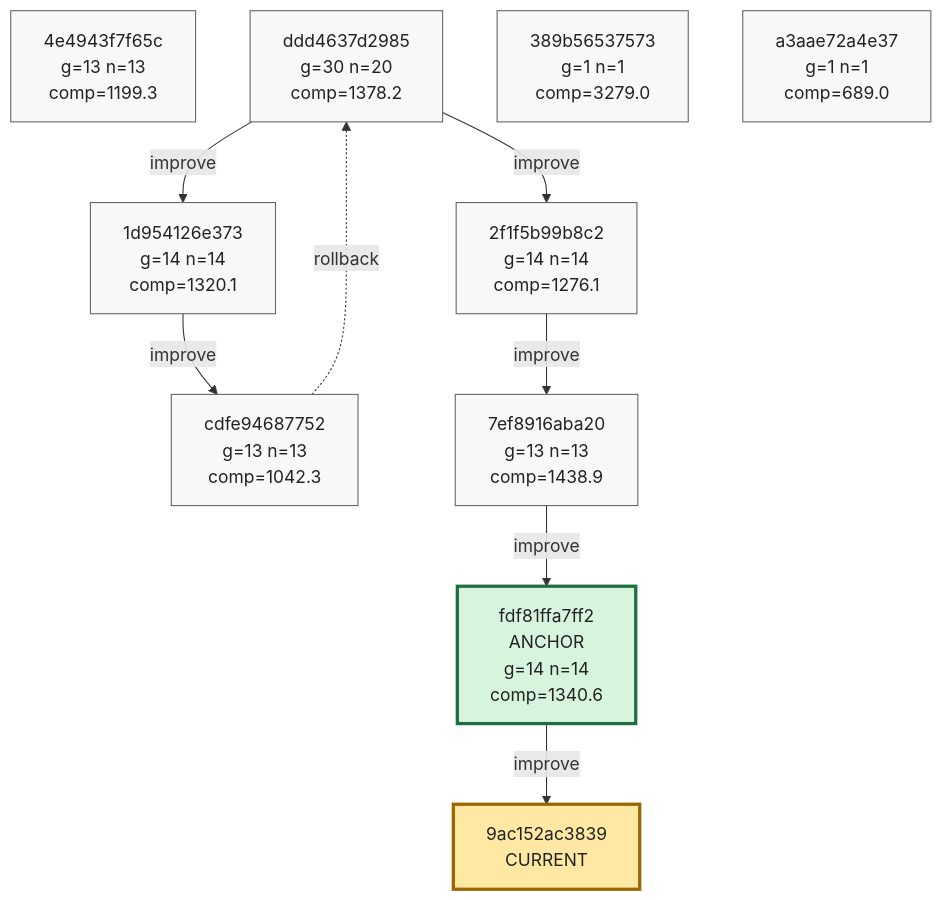
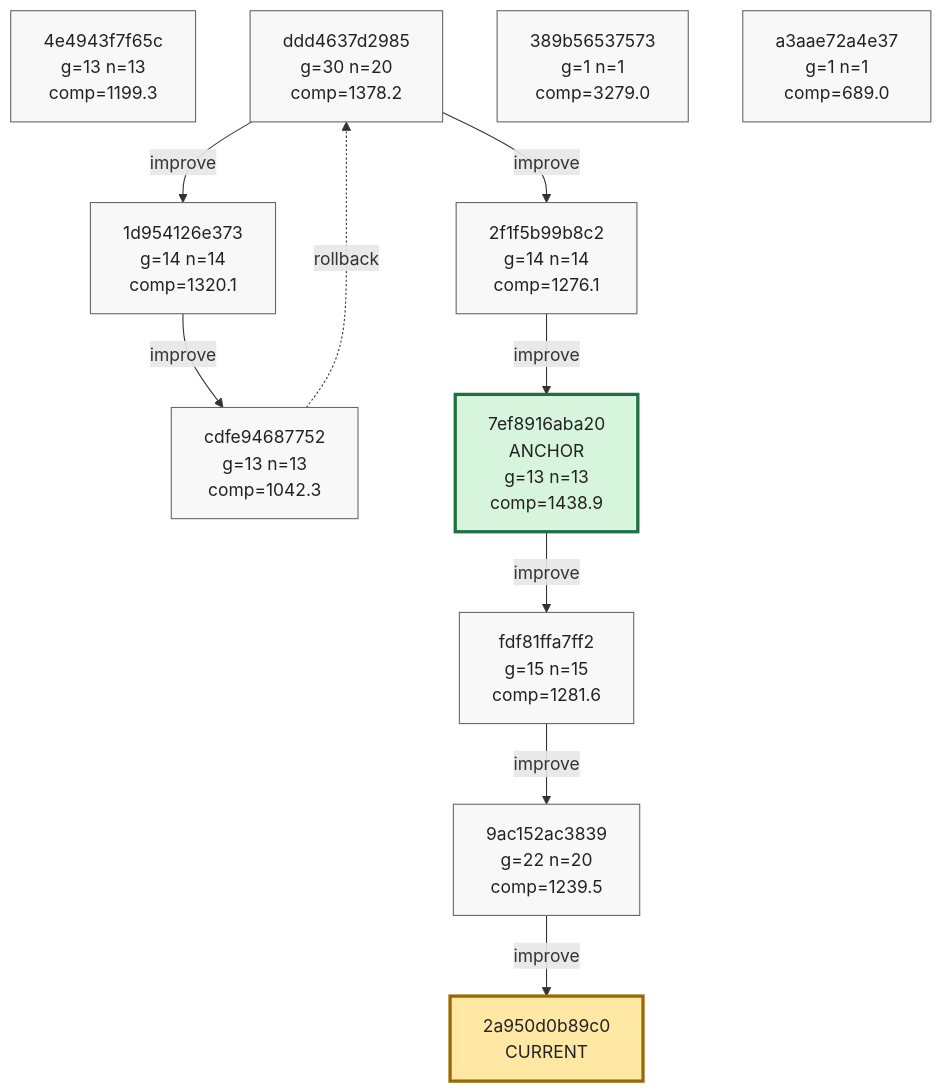
The ninth of 9 diagrams in phyrogenetic-tree.md (azumag/soviet_now), drawn with Mermaid before and after one commit. The commit also changed other lines of this file and 2 other files, not shown here.

Commit message:
eloop Improve after 12 games (scores: 4323 2989 1332 1575 2560 1599 1283 641 979 852 1424 1570)

````diff
--- a/phyrogenetic-tree.md
+++ b/phyrogenetic-tree.md
@@ -2233,37 +2233,40 @@
 ```mermaid
 flowchart TD
     h_4e4943f7f65c["4e4943f7f65c<br/>g=13 n=13<br/>comp=1199.3"]
     h_ddd4637d2985["ddd4637d2985<br/>g=30 n=20<br/>comp=1378.2"]
     h_1d954126e373["1d954126e373<br/>g=14 n=14<br/>comp=1320.1"]
     h_cdfe94687752["cdfe94687752<br/>g=13 n=13<br/>comp=1042.3"]
     h_2f1f5b99b8c2["2f1f5b99b8c2<br/>g=14 n=14<br/>comp=1276.1"]
-    h_7ef8916aba20["7ef8916aba20<br/>g=13 n=13<br/>comp=1438.9"]
-    h_fdf81ffa7ff2["fdf81ffa7ff2<br/>ANCHOR<br/>g=14 n=14<br/>comp=1340.6"]
+    h_7ef8916aba20["7ef8916aba20<br/>ANCHOR<br/>g=13 n=13<br/>comp=1438.9"]
+    h_fdf81ffa7ff2["fdf81ffa7ff2<br/>g=15 n=15<br/>comp=1281.6"]
+    h_9ac152ac3839["9ac152ac3839<br/>g=22 n=20<br/>comp=1239.5"]
     h_389b56537573["389b56537573<br/>g=1 n=1<br/>comp=3279.0"]
     h_a3aae72a4e37["a3aae72a4e37<br/>g=1 n=1<br/>comp=689.0"]
-    h_9ac152ac3839["9ac152ac3839<br/>CURRENT"]
+    h_2a950d0b89c0["2a950d0b89c0<br/>CURRENT"]
 
     h_ddd4637d2985 -->|improve| h_1d954126e373
     h_1d954126e373 -->|improve| h_cdfe94687752
     h_cdfe94687752 -. rollback .-> h_ddd4637d2985
     h_ddd4637d2985 -->|improve| h_2f1f5b99b8c2
     h_2f1f5b99b8c2 -->|improve| h_7ef8916aba20
     h_7ef8916aba20 -->|improve| h_fdf81ffa7ff2
     h_fdf81ffa7ff2 -->|improve| h_9ac152ac3839
+    h_9ac152ac3839 -->|improve| h_2a950d0b89c0
 
     classDef plain fill:#f8f8f8,stroke:#666,stroke-width:1px,color:#222;
     classDef current fill:#ffe8a3,stroke:#9a6700,stroke-width:3px,color:#222;
     classDef anchor fill:#d7f5dd,stroke:#1f6f43,stroke-width:3px,color:#222;
     classDef current_anchor fill:#f3e4a8,stroke:#1f6f43,stroke-width:4px,color:#222;
 
     class h_4e4943f7f65c plain;
     class h_ddd4637d2985 plain;
     class h_1d954126e373 plain;
     class h_cdfe94687752 plain;
     class h_2f1f5b99b8c2 plain;
-    class h_7ef8916aba20 plain;
-    class h_fdf81ffa7ff2 anchor;
+    class h_7ef8916aba20 anchor;
+    class h_fdf81ffa7ff2 plain;
+    class h_9ac152ac3839 plain;
     class h_389b56537573 plain;
     class h_a3aae72a4e37 plain;
-    class h_9ac152ac3839 current;
+    class h_2a950d0b89c0 current;
 ```
````
